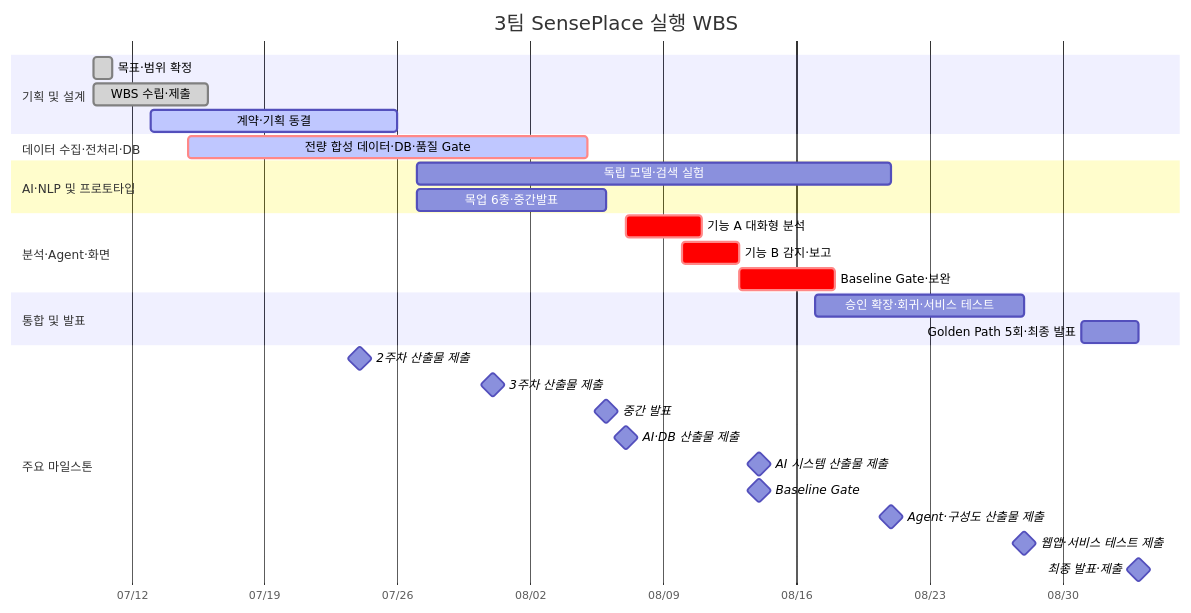
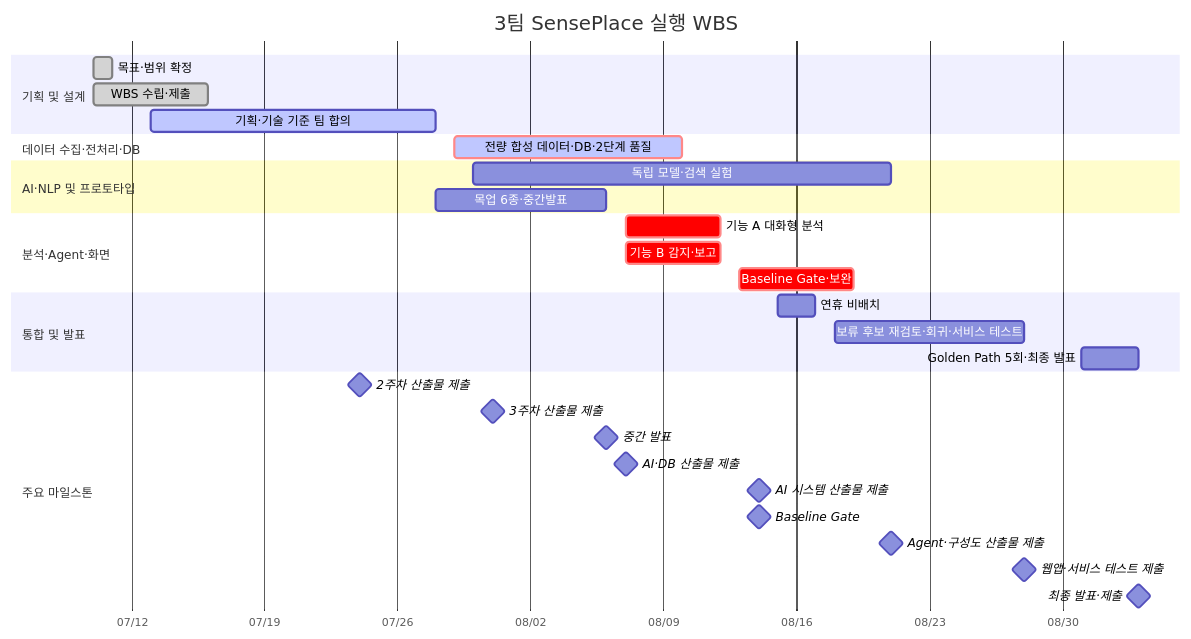
Before and after one commit to hijun318-eng/skn29_final_3team: the diagram in docs/markdown/02_WBS.md, drawn with Mermaid. The commit also changed other lines of this file and 5 other files, not shown here.

````diff
--- a/docs/markdown/02_WBS.md
+++ b/docs/markdown/02_WBS.md
@@ -63,38 +66,39 @@
 ```mermaid
 gantt
     title 3팀 SensePlace 실행 WBS
     dateFormat  YYYY-MM-DD
     axisFormat  %m/%d
 
     section 기획 및 설계
     목표·범위 확정                  :done, wbs_11, 2026-07-10, 1d
     WBS 수립·제출                   :done, wbs_14, 2026-07-10, 2026-07-16
-    계약·기획 동결                  :active, phase_1, 2026-07-13, 2026-07-26
+    기획·기술 기준 팀 합의           :active, phase_1, 2026-07-13, 2026-07-28
 
     section 데이터 수집·전처리·DB
-    전량 합성 데이터·DB·품질 Gate    :crit, active, phase_2, 2026-07-15, 2026-08-05
+    전량 합성 데이터·DB·2단계 품질    :crit, active, phase_2, 2026-07-29, 2026-08-10
 
     section AI·NLP 및 프로토타입
-    독립 모델·검색 실험             :phase_3, 2026-07-27, 2026-08-21
-    목업 6종·중간발표               :phase_4, 2026-07-27, 2026-08-06
+    독립 모델·검색 실험             :phase_3, 2026-07-30, 2026-08-21
+    목업 6종·중간발표               :phase_4, 2026-07-28, 2026-08-06
 
     section 분석·Agent·화면
-    기능 A 대화형 분석              :crit, phase_5a, 2026-08-07, 2026-08-11
-    기능 B 감지·보고                :crit, phase_5b, 2026-08-10, 2026-08-13
-    Baseline Gate·보완              :crit, phase_6, 2026-08-13, 2026-08-18
+    기능 A 대화형 분석              :crit, phase_5a, 2026-08-07, 2026-08-12
+    기능 B 감지·보고                :crit, phase_5b, 2026-08-07, 2026-08-12
+    Baseline Gate·보완              :crit, phase_6, 2026-08-13, 2026-08-19
 
     section 통합 및 발표
-    승인 확장·회귀·서비스 테스트     :phase_7, 2026-08-17, 2026-08-28
+    연휴 비배치                     :holiday, 2026-08-15, 2026-08-17
+    보류 후보 재검토·회귀·서비스 테스트 :phase_7, 2026-08-18, 2026-08-28
     Golden Path 5회·최종 발표        :phase_8, 2026-08-31, 2026-09-03
 
     section 주요 마일스톤
     2주차 산출물 제출               :milestone, ms_0724, 2026-07-24, 0d
     3주차 산출물 제출               :milestone, ms_0731, 2026-07-31, 0d
     중간 발표                      :milestone, ms_0806, 2026-08-06, 0d
     AI·DB 산출물 제출               :milestone, ms_0807, 2026-08-07, 0d
     AI 시스템 산출물 제출           :milestone, ms_0814, 2026-08-14, 0d
     Baseline Gate                  :milestone, gate_0814, 2026-08-14, 0d
     Agent·구성도 산출물 제출        :milestone, ms_0821, 2026-08-21, 0d
     웹앱·서비스 테스트 제출         :milestone, ms_0828, 2026-08-28, 0d
     최종 발표·제출                 :milestone, ms_0903, 2026-09-03, 0d
 ```
````
